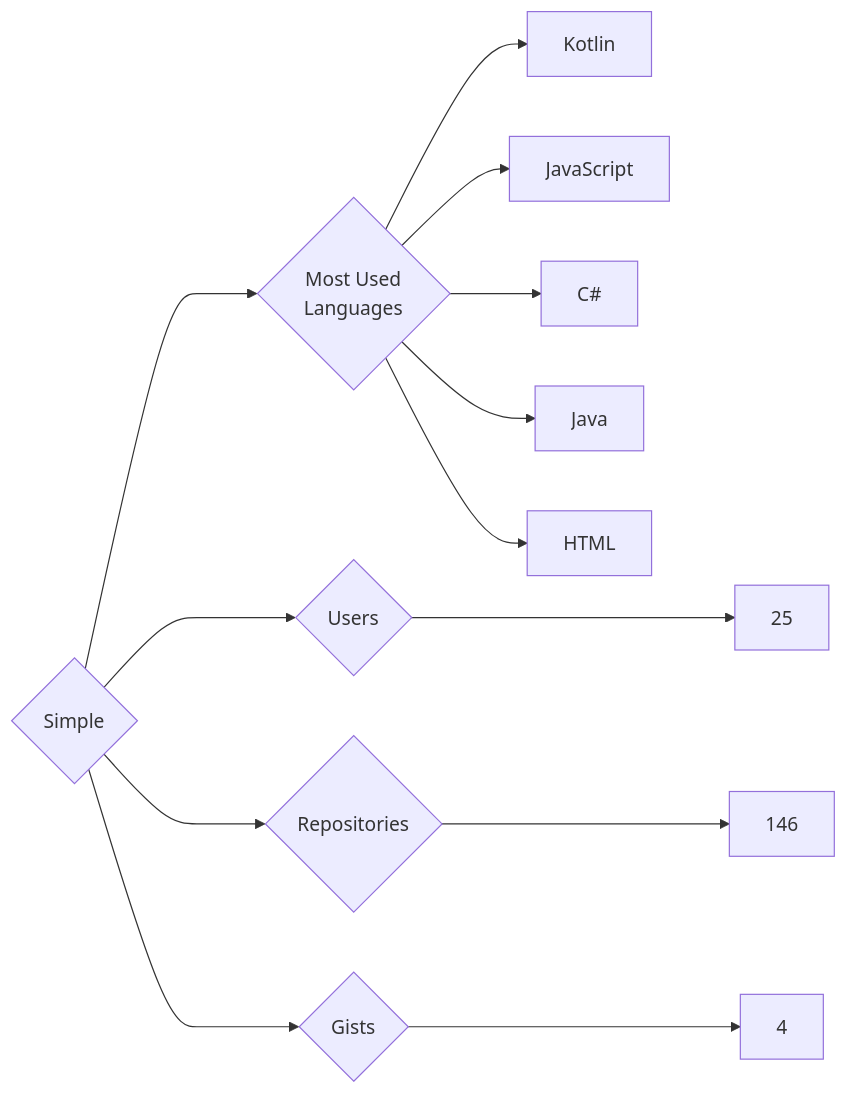
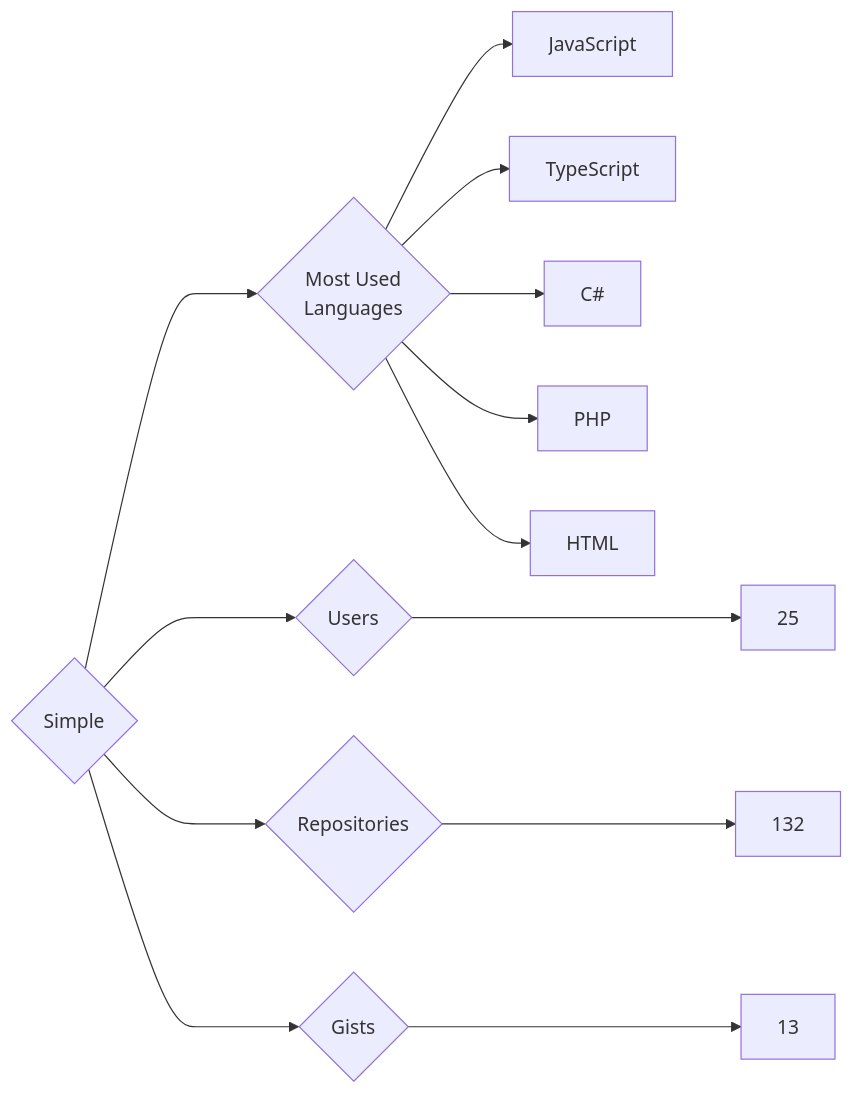
The diagram in targets/Simple/README.md (trickest/insiders), drawn with Mermaid before and after one commit. The commit also changed 928 other files, not shown here.

````diff
--- a/targets/Simple/README.md
+++ b/targets/Simple/README.md
@@ -3,13 +3,13 @@
 ```mermaid
 graph LR
 COMPANY_NAME{Simple}
 COMPANY_NAME ---> U{Users} ---> UN[25]
-COMPANY_NAME ---> R{Repositories} ---> RN[146]
-COMPANY_NAME ---> G{Gists} ---> GN[4]
+COMPANY_NAME ---> R{Repositories} ---> RN[132]
+COMPANY_NAME ---> G{Gists} ---> GN[13]
 COMPANY_NAME ---> ML{Most Used<br>Languages}
-ML --> Kotlin[Kotlin]
 ML --> JavaScript[JavaScript]
+ML --> TypeScript[TypeScript]
 ML --> C#[C#]
-ML --> Java[Java]
+ML --> PHP[PHP]
 ML --> HTML[HTML]
 ```
````
